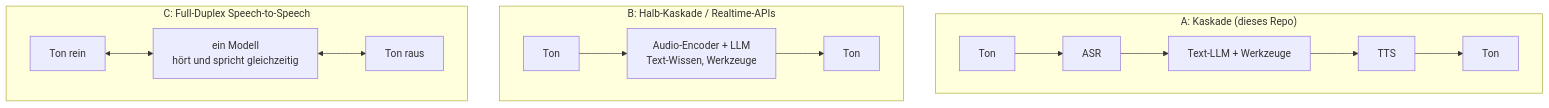
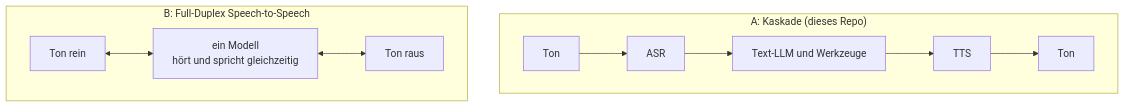
The first of 2 diagrams in docs/14-dessa-und-full-duplex.md (GRADweight/contactcenter), drawn with Mermaid before and after one commit. The commit also changed other lines of this file and 19 other files, not shown here.

````diff
--- a/docs/14-dessa-und-full-duplex.md
+++ b/docs/14-dessa-und-full-duplex.md
@@ -32,12 +7,9 @@
 ```mermaid
 flowchart TB
     subgraph K["A: Kaskade (dieses Repo)"]
-        a1[Ton] --> a2[ASR] --> a3[Text-LLM + Werkzeuge] --> a4[TTS] --> a5[Ton]
+        a1[Ton] --> a2[ASR] --> a3[Text-LLM und Werkzeuge] --> a4[TTS] --> a5[Ton]
     end
-    subgraph H["B: Halb-Kaskade / Realtime-APIs"]
-        b1[Ton] --> b2[Audio-Encoder + LLM<br/>Text-Wissen, Werkzeuge] --> b3[Ton]
-    end
-    subgraph F["C: Full-Duplex Speech-to-Speech"]
-        c1[Ton rein] <--> c2[ein Modell<br/>hört und spricht gleichzeitig] <--> c3[Ton raus]
+    subgraph F["B: Full-Duplex Speech-to-Speech"]
+        b1[Ton rein] <--> b2[ein Modell<br/>hört und spricht gleichzeitig] <--> b3[Ton raus]
     end
 ```
````
